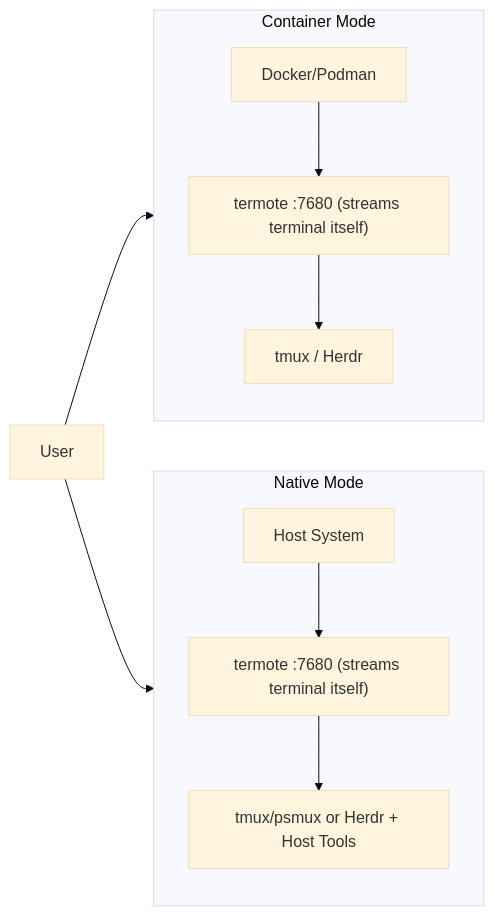
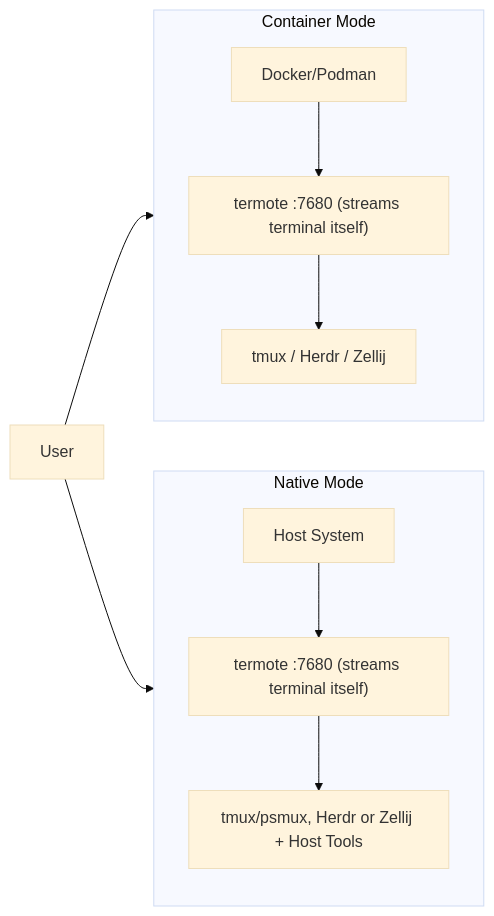
The second of 2 diagrams in README.md (lamngockhuong/termote), drawn with Mermaid (base theme) before and after one commit. The commit also changed other lines of this file and 65 other files, not shown here.

````diff
--- a/README.md
+++ b/README.md
@@ -235,14 +238,14 @@
 ```mermaid
 flowchart LR
     subgraph Container["Container Mode"]
         direction TB
-        C1["Docker/Podman"] --> C2["termote :7680 (streams terminal itself)"] --> C3["tmux / Herdr"]
+        C1["Docker/Podman"] --> C2["termote :7680 (streams terminal itself)"] --> C3["tmux / Herdr / Zellij"]
     end
 
     subgraph Native["Native Mode"]
         direction TB
-        N1["Host System"] --> N2["termote :7680 (streams terminal itself)"] --> N3["tmux/psmux or Herdr + Host Tools"]
+        N1["Host System"] --> N2["termote :7680 (streams terminal itself)"] --> N3["tmux/psmux, Herdr or Zellij + Host Tools"]
     end
 
     User["User"] --> Container & Native
 ```
````
